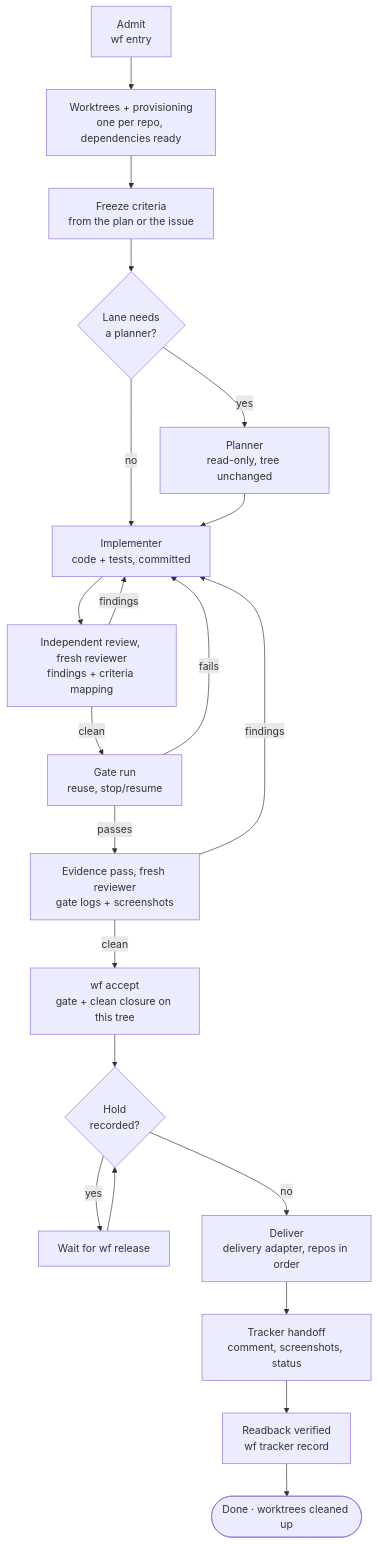
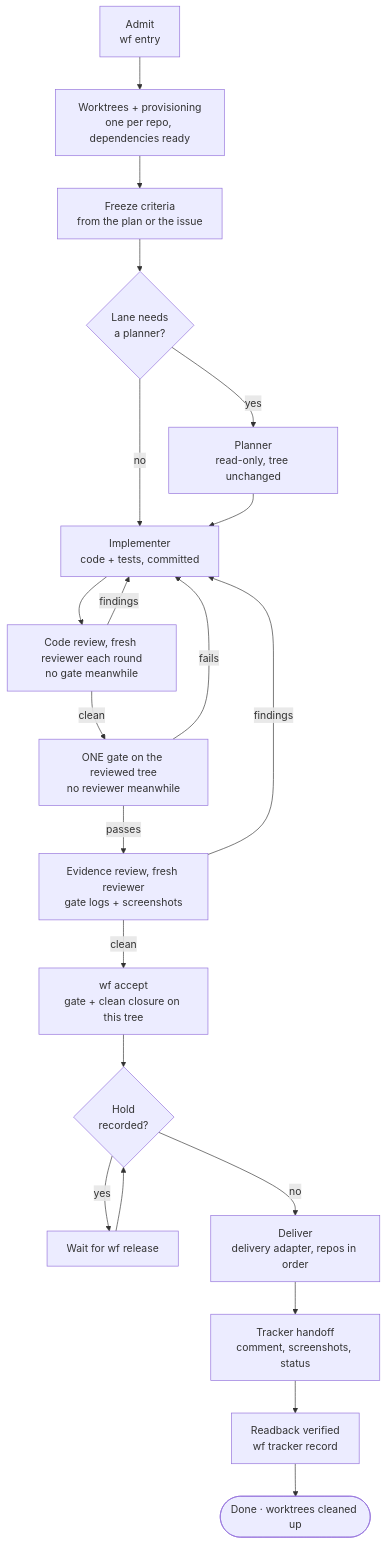
The first of 3 diagrams in docs/lifecycle.md (o-m-a-r-k/agentic-workflow), drawn with Mermaid before and after one commit. The commit also changed other lines of this file and 51 other files, not shown here.

````diff
--- a/docs/lifecycle.md
+++ b/docs/lifecycle.md
@@ -7,23 +7,23 @@
 ```mermaid
 flowchart TD
   E["Admit<br/>wf entry"] --> W["Worktrees + provisioning<br/>one per repo, dependencies ready"]
   W --> C["Freeze criteria<br/>from the plan or the issue"]
   C --> PL{"Lane needs<br/>a planner?"}
   PL -- yes --> PLAN["Planner<br/>read-only, tree unchanged"]
   PL -- no --> IMP
   PLAN --> IMP["Implementer<br/>code + tests, committed"]
-  IMP --> RV["Independent review, fresh reviewer<br/>findings + criteria mapping"]
+  IMP --> RV["Code review, fresh reviewer each round<br/>no gate meanwhile"]
   RV -- findings --> IMP
-  RV -- clean --> GR["Gate run<br/>reuse, stop/resume"]
+  RV -- clean --> GR["ONE gate on the reviewed tree<br/>no reviewer meanwhile"]
   GR -- fails --> IMP
-  GR -- passes --> EV["Evidence pass, fresh reviewer<br/>gate logs + screenshots"]
+  GR -- passes --> EV["Evidence review, fresh reviewer<br/>gate logs + screenshots"]
   EV -- findings --> IMP
   EV -- clean --> AC["wf accept<br/>gate + clean closure on this tree"]
   AC --> H{"Hold<br/>recorded?"}
   H -- yes --> WAIT["Wait for wf release"]
   WAIT --> H
   H -- no --> D["Deliver<br/>delivery adapter, repos in order"]
   D --> TH["Tracker handoff<br/>comment, screenshots, status"]
   TH --> RB["Readback verified<br/>wf tracker record"]
   RB --> DONE(["Done · worktrees cleaned up"])
 ```
````
